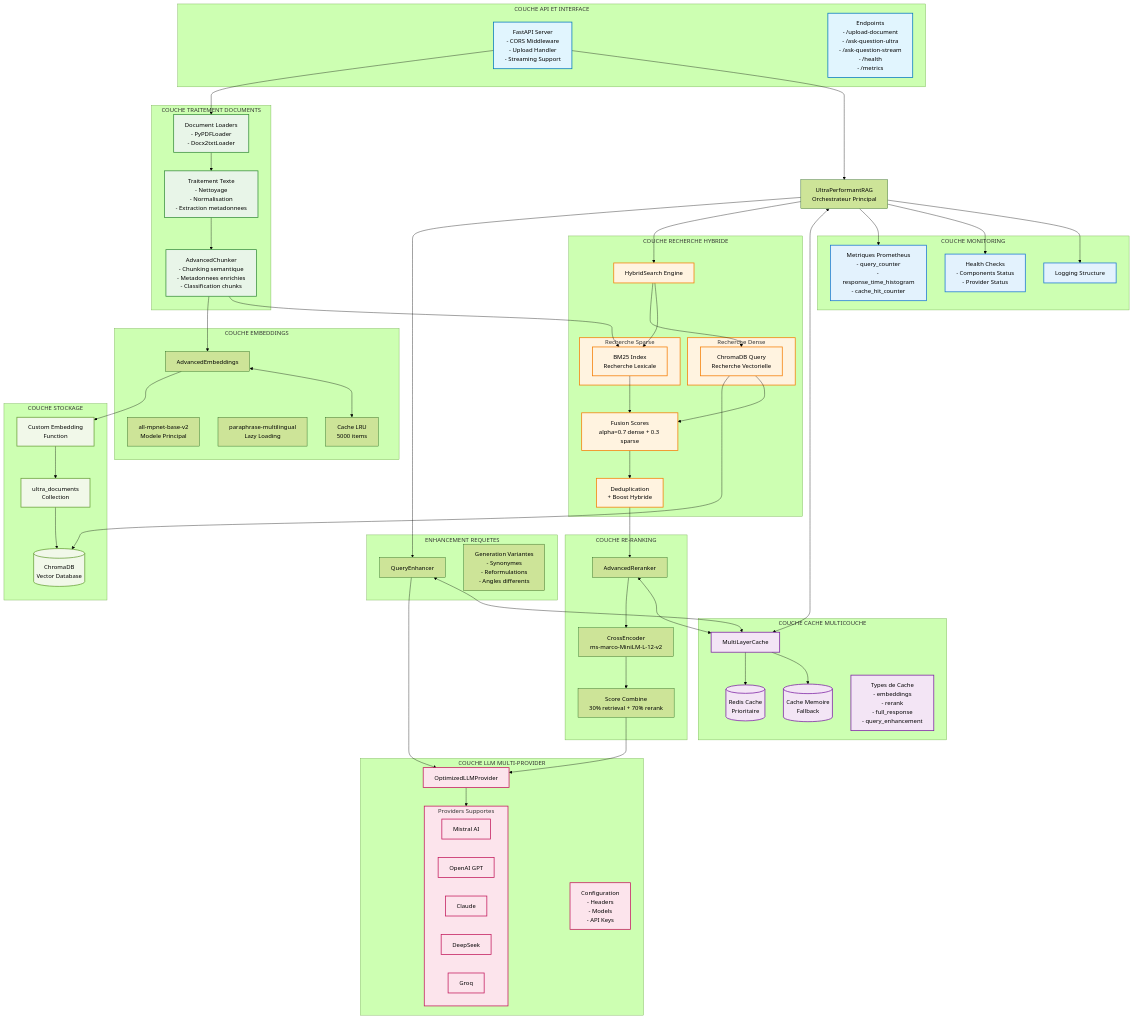
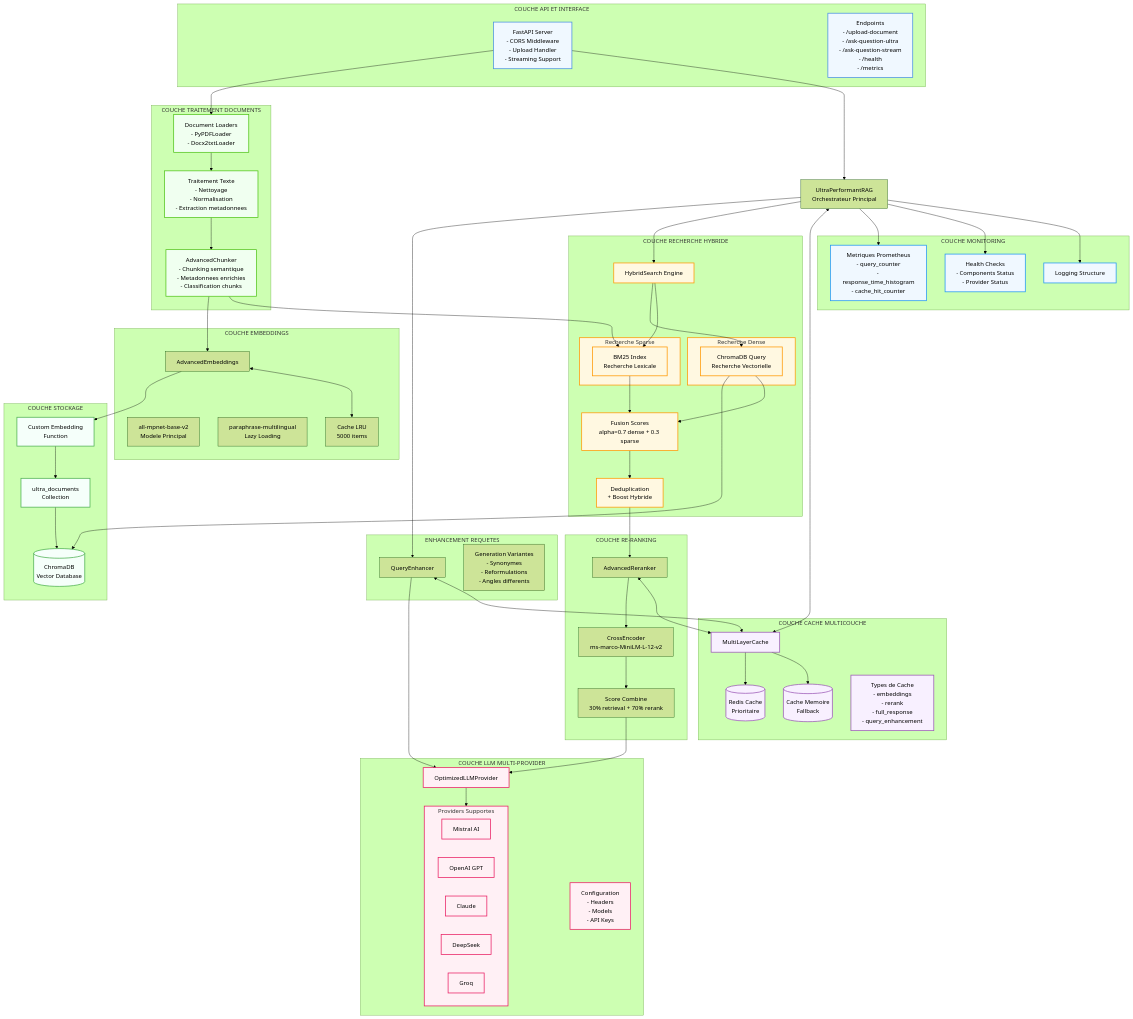
One commit to LordPhenixDeNetra/CSS-AI-Chatbot changed the first of 3 diagrams in README.md. Above: the diagram before and after it, drawn with Mermaid (forest theme). The commit also changed other lines of this file, not shown here.

````diff
--- a/README.md
+++ b/README.md
@@ -67,13 +67,13 @@
 ```mermaid
 graph TB
     %% Style definitions
-    classDef apiLayer fill:#e1f5fe,stroke:#0277bd,stroke-width:2px
-    classDef cacheLayer fill:#f3e5f5,stroke:#7b1fa2,stroke-width:2px
-    classDef processingLayer fill:#e8f5e8,stroke:#388e3c,stroke-width:2px
-    classDef searchLayer fill:#fff3e0,stroke:#f57c00,stroke-width:2px
-    classDef llmLayer fill:#fce4ec,stroke:#c2185b,stroke-width:2px
-    classDef storageLayer fill:#f1f8e9,stroke:#689f38,stroke-width:2px
-    classDef monitoringLayer fill:#e3f2fd,stroke:#1976d2,stroke-width:2px
+    classDef apiLayer fill:#f0f8ff,stroke:#4a90e2,stroke-width:2px
+    classDef cacheLayer fill:#f8f0ff,stroke:#9b59b6,stroke-width:2px
+    classDef processingLayer fill:#f0fff0,stroke:#52c41a,stroke-width:2px
+    classDef searchLayer fill:#fff8e1,stroke:#ff9800,stroke-width:2px
+    classDef llmLayer fill:#fff0f5,stroke:#e91e63,stroke-width:2px
+    classDef storageLayer fill:#f5fffa,stroke:#4caf50,stroke-width:2px
+    classDef monitoringLayer fill:#f0f8ff,stroke:#2196f3,stroke-width:2px
 
     %% API Layer
     subgraph API["COUCHE API ET INTERFACE"]
````
